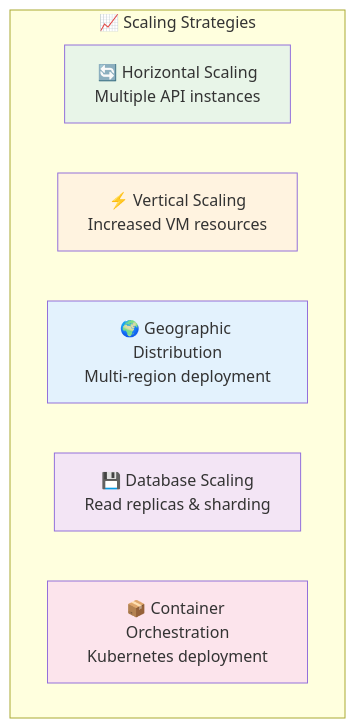
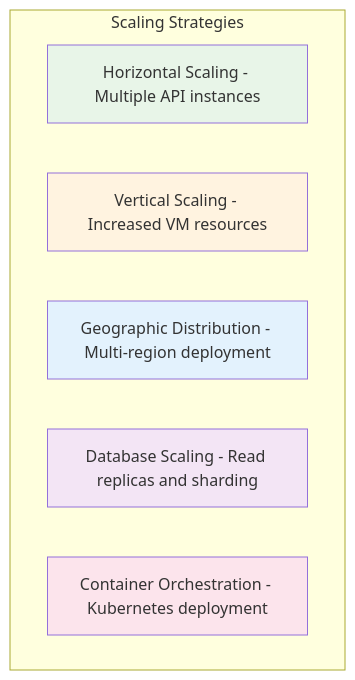
One commit to gsinghjay/mvp_qr_gen changed diagram 17 of 18 in NETWORK_INFRASTRUCTURE.md. Above: the diagram before and after it, drawn with Mermaid. The commit also changed other lines of this file, not shown here.

````diff
--- a/NETWORK_INFRASTRUCTURE.md
+++ b/NETWORK_INFRASTRUCTURE.md
@@ -765,16 +762,16 @@
 ```mermaid
 graph TB
-    subgraph "📈 Scaling Strategies"
-        A[🔄 Horizontal Scaling<br/>Multiple API instances]
-        B[⚡ Vertical Scaling<br/>Increased VM resources]
-        C[🌍 Geographic Distribution<br/>Multi-region deployment]
-        D[💾 Database Scaling<br/>Read replicas & sharding]
-        E[📦 Container Orchestration<br/>Kubernetes deployment]
+    subgraph "Scaling Strategies"
+        A[Horizontal Scaling - Multiple API instances]
+        B[Vertical Scaling - Increased VM resources]
+        C[Geographic Distribution - Multi-region deployment]
+        D[Database Scaling - Read replicas and sharding]
+        E[Container Orchestration - Kubernetes deployment]
     end
     
     style A fill:#e8f5e8
     style B fill:#fff3e0
     style C fill:#e3f2fd
     style D fill:#f3e5f5
     style E fill:#fce4ec
 ```
````
